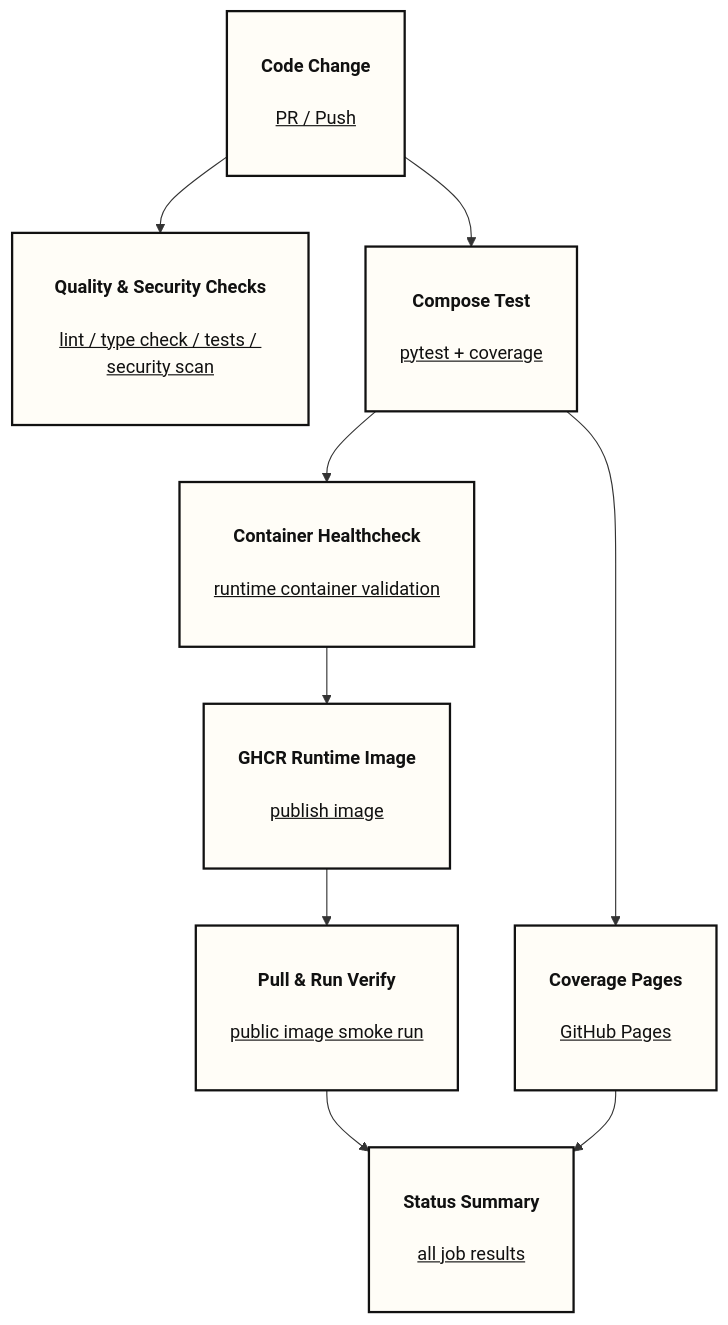
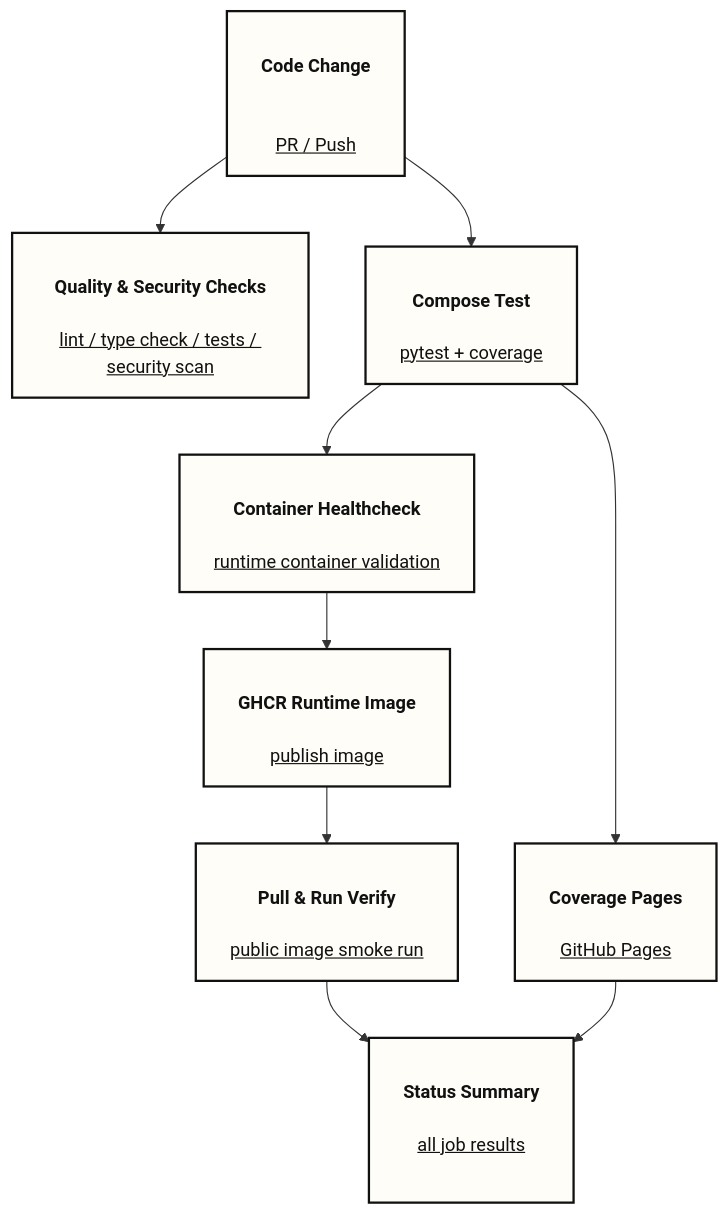
One commit to yaoki-dev/api-test-devops-portfolio changed the second of 4 diagrams in README.md. Above: the diagram before and after it, drawn with Mermaid. The commit also changed other lines of this file, not shown here.

First line of the commit message:
docs(readme): mermaid図のノードラベル改行位置を調整

````diff
--- a/README.md
+++ b/README.md
@@ -84,33 +84,26 @@
 ```mermaid
 flowchart TD
-    A["<h4>Code Change</h4><u>PR / Push</u>
-    <br/>"]
+    A["<h4>Code Change</h4><br/><u>PR / Push</u>"]
 
-    A --> B["<h4>Quality & Security Checks</h4><u>lint / type check / tests / security scan</u>
-    <br/>"]
+    A --> B["<h4>Quality & Security Checks</h4><u>lint / type check / tests / security scan</u>"]
 
-    A --> C["<h4>Compose Test</h4><u>pytest + coverage</u>
-    <br/>"]
+    A --> C["<h4>Compose Test</h4><u>pytest + coverage</u>"]
 
-    C --> D["<h4>Coverage Pages</h4><u>GitHub Pages</u>
-    <br/>"]
+    C --> D["<h4>Coverage Pages</h4><u>GitHub Pages</u>"]
 
-    C --> E["<h4>Container Healthcheck</h4><u>runtime container validation</u>
-    <br/>"]
+    C --> E["<h4>Container Healthcheck</h4><u>runtime container validation</u>"]
 
-    E --> F["<h4>GHCR Runtime Image</h4><u>publish image</u>
-    <br/>"]
+    E --> F["<h4>GHCR Runtime Image</h4><u>publish image</u>"]
 
-    F --> G["<h4>Pull & Run Verify</h4><u>public image smoke run</u>
-    <br/>"]
+    F --> G["<h4>Pull & Run Verify</h4><u>public image smoke run</u>"]
 
     G --> H["<h4>Status Summary</h4><u>all job results</u>
     <br/>"]
 
     D --> H
 
     classDef default fill:#F7F3EA,stroke:#111,stroke-width:1.5px,color:#111;
     classDef key fill:#FFFDF7,stroke:#111,stroke-width:2px,color:#111;
 
     class A,B,C,D,E,F,G,H key;
 ```
````
